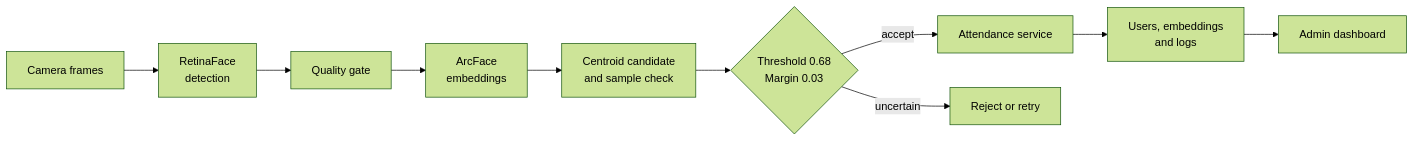
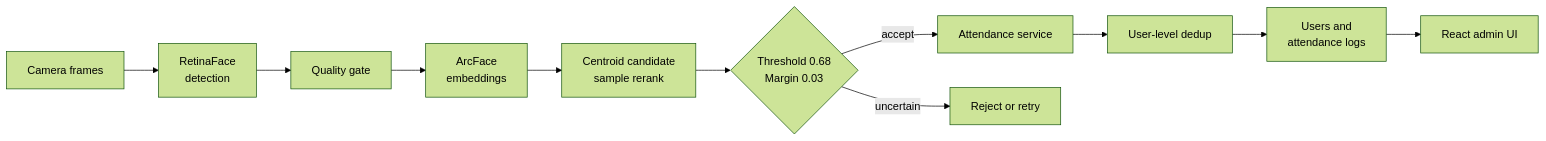
One commit to yoon-chan-hyeok/face-attendance-system changed the diagram in README.md. Above: the diagram before and after it, drawn with Mermaid (forest theme). The commit also changed other lines of this file, not shown here.

````diff
--- a/README.md
+++ b/README.md
@@ -61,12 +38,13 @@
-```mermaid
+~~~mermaid
 flowchart LR
     C["Camera frames"] --> D["RetinaFace<br/>detection"]
     D --> Q["Quality gate"]
     Q --> E["ArcFace<br/>embeddings"]
-    E --> M["Centroid candidate<br/>and sample check"]
+    E --> M["Centroid candidate<br/>sample rerank"]
     M --> G{"Threshold 0.68<br/>Margin 0.03"}
     G -->|accept| A["Attendance service"]
     G -->|uncertain| R["Reject or retry"]
-    A --> DB["Users, embeddings<br/>and logs"]
-    DB --> UI["Admin dashboard"]
-```
+    A --> U["User-level dedup"]
+    U --> DB["Users and<br/>attendance logs"]
+    DB --> UI["React admin UI"]
+~~~
````
